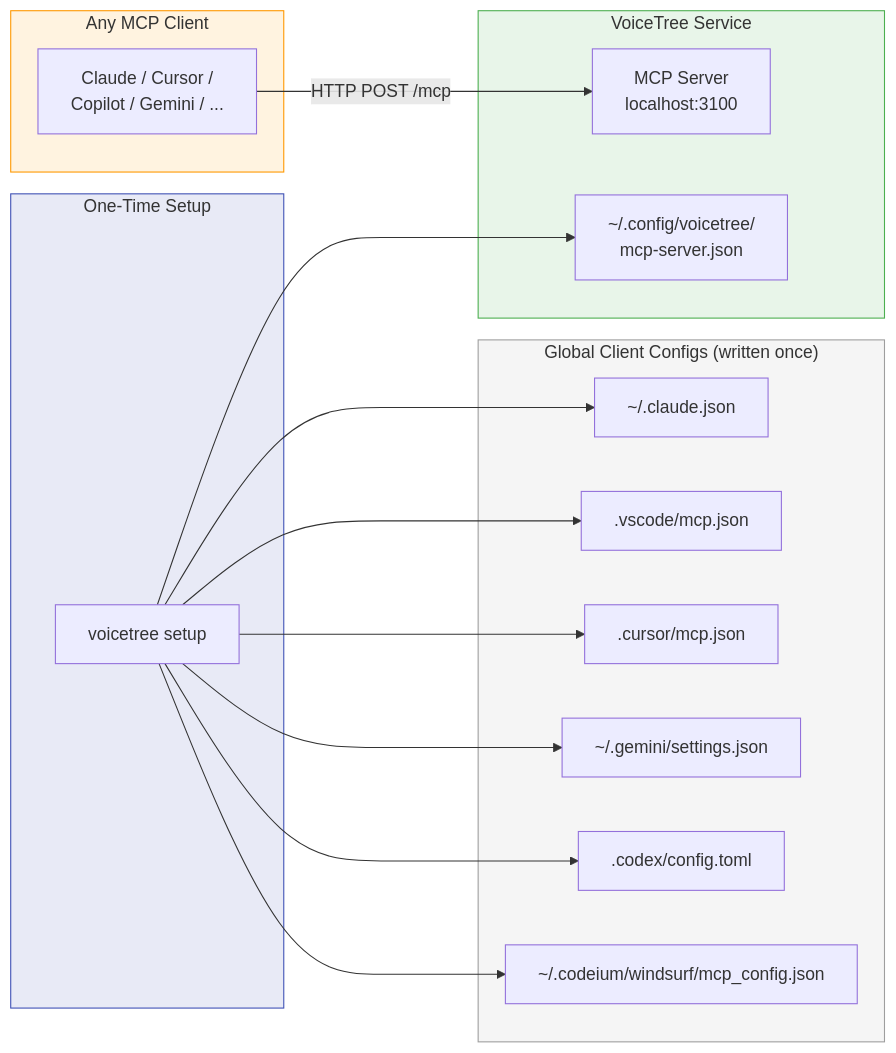
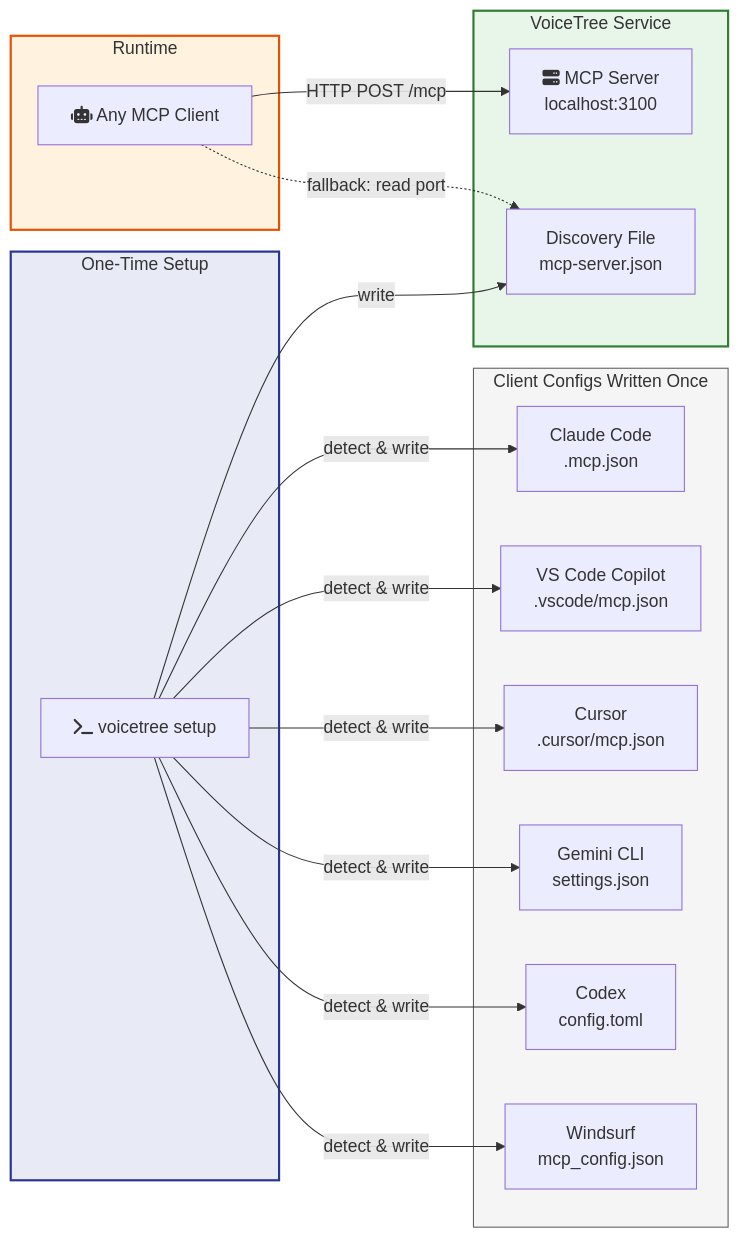
One commit to Coldaine/voicetree changed the third of 7 diagrams in NORTH-STAR.md. Above: the diagram before and after it, drawn with Mermaid. The commit also changed other lines of this file, not shown here.

First line of the commit message:
docs: rework all Mermaid diagrams in NORTH-STAR.md

````diff
--- a/NORTH-STAR.md
+++ b/NORTH-STAR.md
@@ -220,39 +231,40 @@
 ```mermaid
 flowchart LR
     subgraph setup["One-Time Setup"]
-        cli["voicetree setup"]
+        cli["fa:fa-terminal voicetree setup"]
     end
 
-    subgraph configs["Global Client Configs (written once)"]
-        claude["~/.claude.json"]
-        vscode[".vscode/mcp.json"]
-        cursor[".cursor/mcp.json"]
-        gemini["~/.gemini/settings.json"]
-        codex[".codex/config.toml"]
-        windsurf["~/.codeium/windsurf/mcp_config.json"]
+    subgraph configs["Client Configs Written Once"]
+        claude["Claude Code\n .mcp.json"]
+        vscode["VS Code Copilot\n .vscode/mcp.json"]
+        cursor["Cursor\n .cursor/mcp.json"]
+        gemini["Gemini CLI\n settings.json"]
+        codex["Codex\n config.toml"]
+        windsurf["Windsurf\n mcp_config.json"]
     end
 
     subgraph service["VoiceTree Service"]
-        server["MCP Server<br/>localhost:3100"]
-        portfile["~/.config/voicetree/<br/>mcp-server.json"]
+        server["fa:fa-server MCP Server\n localhost:3100"]
+        portfile["Discovery File\n mcp-server.json"]
     end
 
-    subgraph agents["Any MCP Client"]
-        agent["Claude / Cursor /<br/>Copilot / Gemini / ..."]
+    subgraph runtime["Runtime"]
+        agent["fa:fa-robot Any MCP Client"]
     end
 
-    cli --> claude
-    cli --> vscode
-    cli --> cursor
-    cli --> gemini
-    cli --> codex
-    cli --> windsurf
-    cli --> portfile
+    cli -->|"detect & write"| claude
+    cli -->|"detect & write"| vscode
+    cli -->|"detect & write"| cursor
+    cli -->|"detect & write"| gemini
+    cli -->|"detect & write"| codex
+    cli -->|"detect & write"| windsurf
+    cli -->|"write"| portfile
 
     agent -->|"HTTP POST /mcp"| server
+    agent -.->|"fallback: read port"| portfile
 
-    style setup fill:#e8eaf6,stroke:#3f51b5
-    style configs fill:#f5f5f5,stroke:#9e9e9e
-    style service fill:#e8f5e9,stroke:#4caf50
-    style agents fill:#fff3e0,stroke:#ff9800
+    style setup fill:#e8eaf6,stroke:#283593,stroke-width:2px
+    style configs fill:#f5f5f5,stroke:#616161,stroke-width:1px
+    style service fill:#e8f5e9,stroke:#2e7d32,stroke-width:2px
+    style runtime fill:#fff3e0,stroke:#e65100,stroke-width:2px
 ```
````
